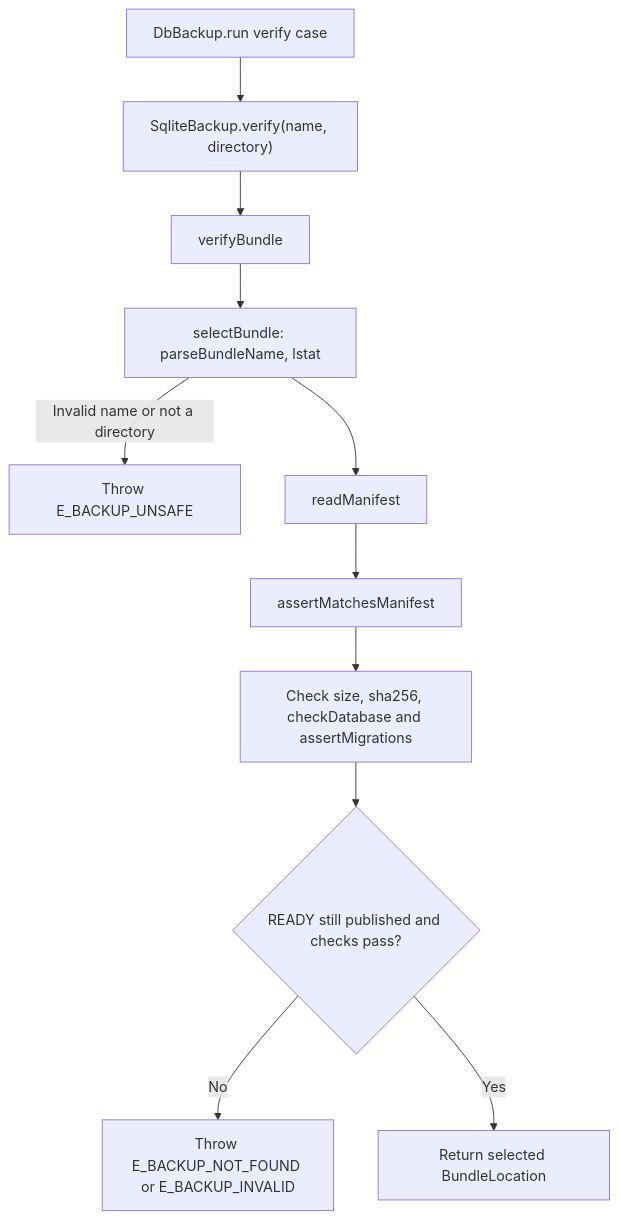
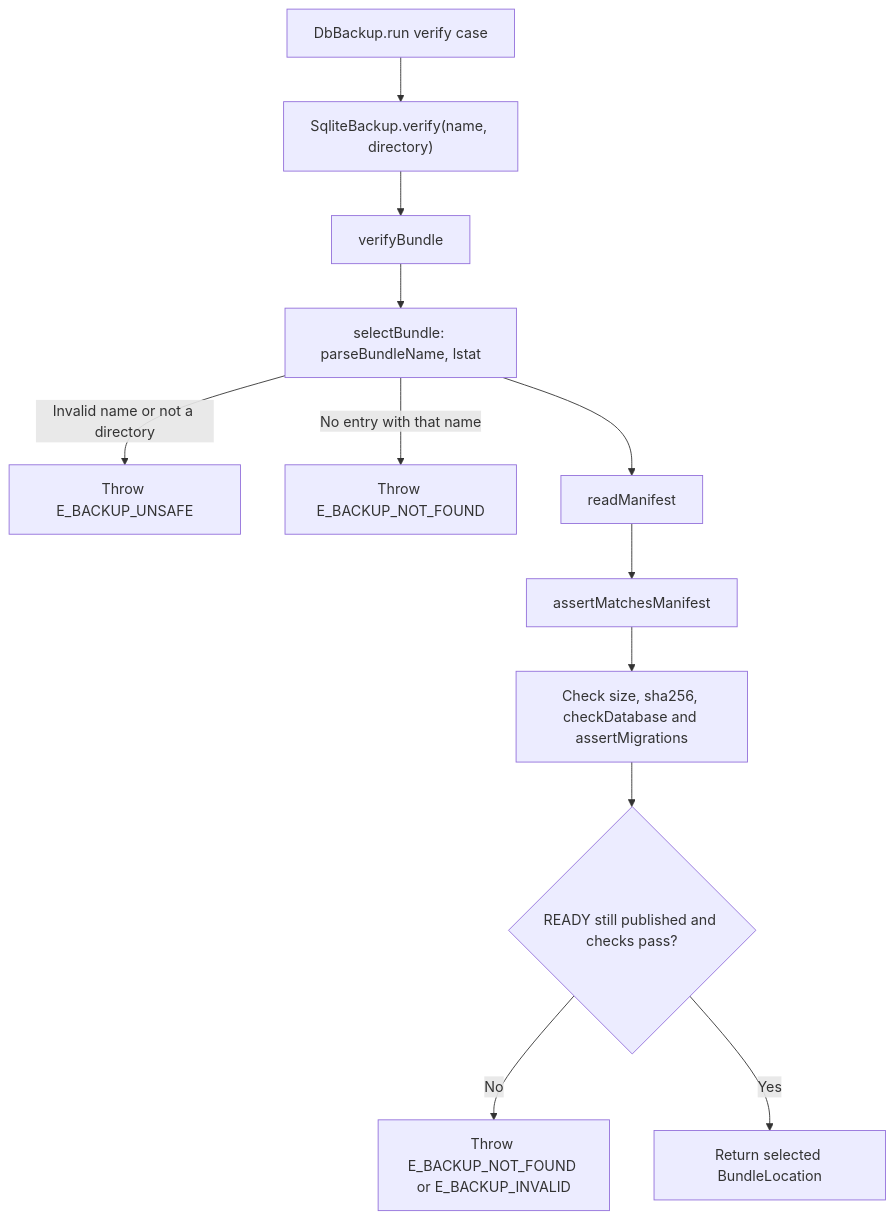
Before and after one commit to Kevinjohn/oss-adonisjs-sqlite-backup: the second of 2 diagrams in user-stories/verify-bundle/us-op-03-verify-bundle.md, drawn with Mermaid. The commit also changed other lines of this file and 2 other files, not shown here.

````diff
--- a/user-stories/verify-bundle/us-op-03-verify-bundle.md
+++ b/user-stories/verify-bundle/us-op-03-verify-bundle.md
@@ -43,13 +43,14 @@
 ```mermaid
 flowchart TD
     A["DbBackup.run verify case"] --> B["SqliteBackup.verify(name, directory)"]
     B --> C["verifyBundle"]
     C --> D["selectBundle: parseBundleName, lstat"]
     D -->|Invalid name or not a directory| X["Throw E_BACKUP_UNSAFE"]
+    D -->|No entry with that name| N["Throw E_BACKUP_NOT_FOUND"]
     D --> E["readManifest"]
     E --> F["assertMatchesManifest"]
     F --> G["Check size, sha256, checkDatabase and assertMigrations"]
     G --> H{"READY still published and checks pass?"}
     H -->|No| I["Throw E_BACKUP_NOT_FOUND or E_BACKUP_INVALID"]
     H -->|Yes| J["Return selected BundleLocation"]
 ```
````
